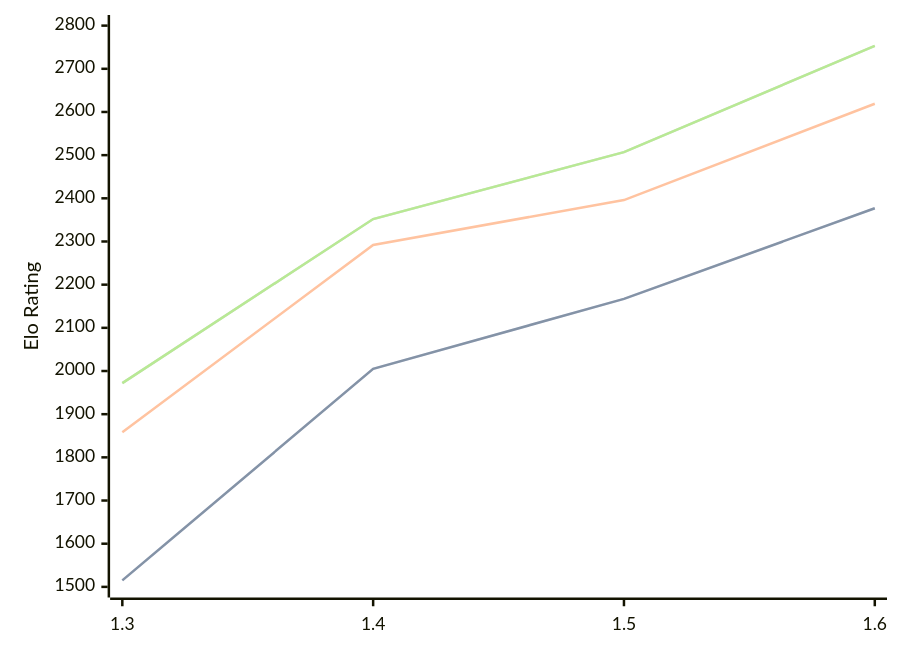
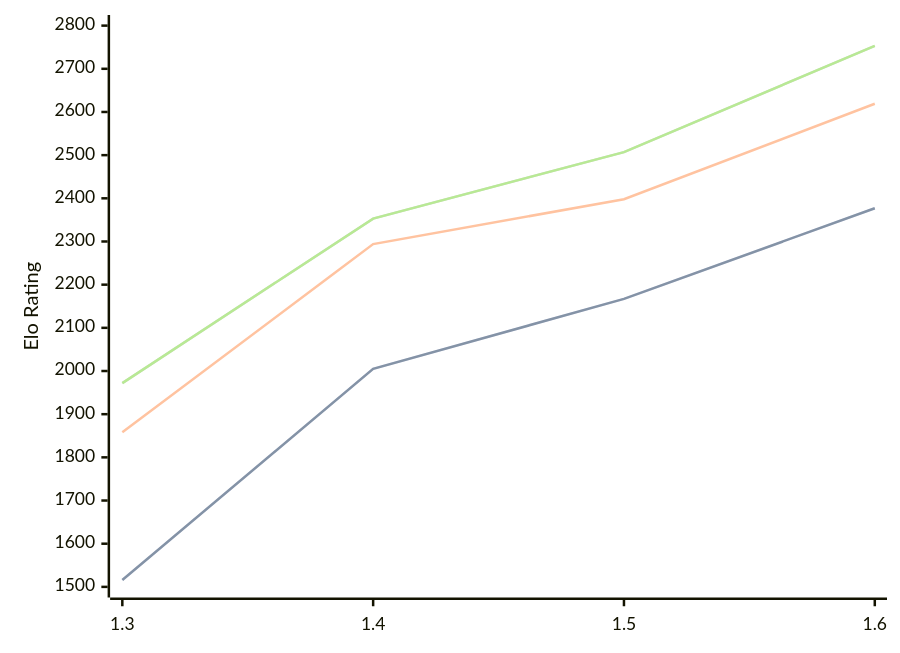
The diagram in engines/Facon.md (computer-chess-index/cci), drawn with Mermaid before and after one commit. The commit also changed other lines of this file, not shown here.

Commit message:
Update CCI Ratings (ELO VLTC) - 2026-09-16

````diff
--- a/engines/Facon.md
+++ b/engines/Facon.md
@@ -35,11 +35,11 @@
 ```mermaid
 %%{init: {"theme":"base","themeVariables":{"seriesColors:['#a3a3a3','#222221','#faa371']}}}%%
 xychart-beta
   x-axis ["1.3", "1.4", "1.5", "1.6"]
   y-axis "Elo Rating" 1500 --> 2800
-  line "" [1515, 2005, 2167, 2377]
-  line "STC (8.0+0.08s)" [1515, 2005, 2167, 2377]
-  line "LTC (60.0+0.60s)" [1858, 2292, 2396, 2619]
-  line "" [1972, 2352, 2507, 2753]
-  line "VLTC (2m24s+1.12s)" [1972, 2352, 2507, 2753]
+  line "" [1516, 2005, 2167, 2377]
+  line "STC (8.0+0.08s)" [1516, 2005, 2167, 2377]
+  line "LTC (60.0+0.60s)" [1858, 2294, 2398, 2619]
+  line "" [1972, 2353, 2507, 2753]
+  line "VLTC (2m24s+1.12s)" [1972, 2353, 2507, 2753]
 ```
````
